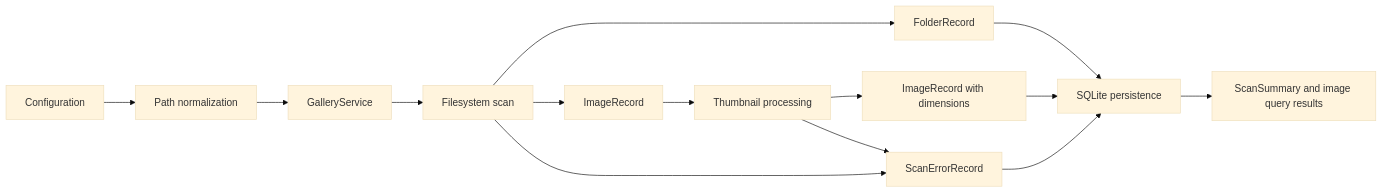
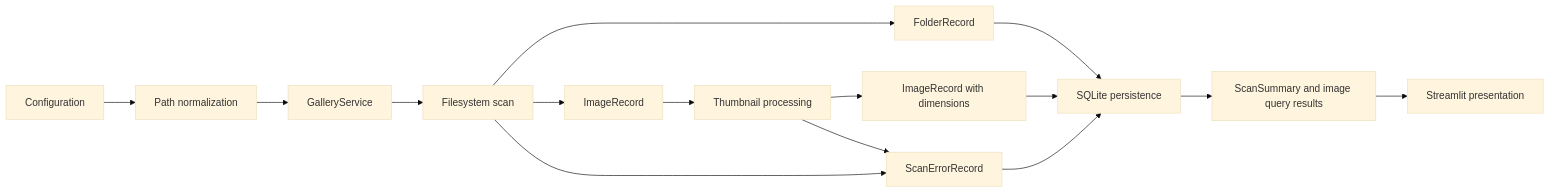
The diagram in docs/ARCHITECTURE.md (ia319/image-gallery-browser), drawn with Mermaid (base theme) before and after one commit. The commit also changed other lines of this file, not shown here.

Commit message:
docs(architecture): document ui layer

````diff
--- a/docs/ARCHITECTURE.md
+++ b/docs/ARCHITECTURE.md
@@ -51,16 +67,17 @@
 ```mermaid
 flowchart LR
   A["Configuration"] --> B["Path normalization"]
   B --> C["GalleryService"]
   C --> D["Filesystem scan"]
   D --> E["FolderRecord"]
   D --> F["ImageRecord"]
   F --> G["Thumbnail processing"]
   G --> H["ImageRecord with dimensions"]
   E --> I["SQLite persistence"]
   H --> I
   D --> J["ScanErrorRecord"]
   G --> J
   J --> I
   I --> K["ScanSummary and image query results"]
+  K --> L["Streamlit presentation"]
 ```
````
